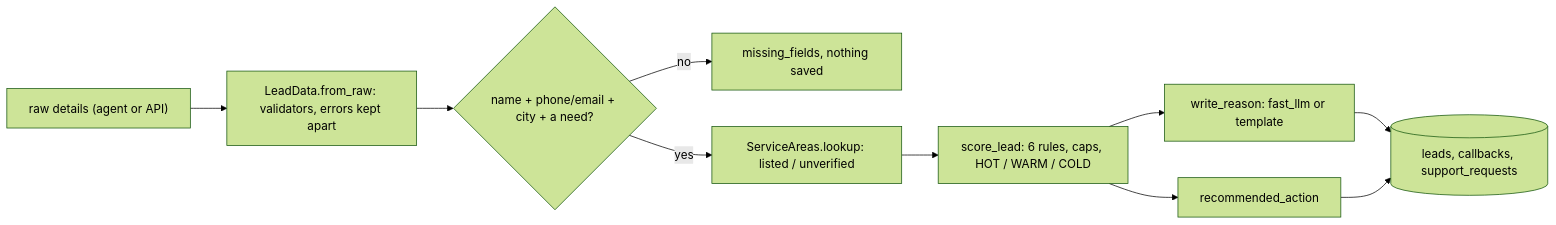
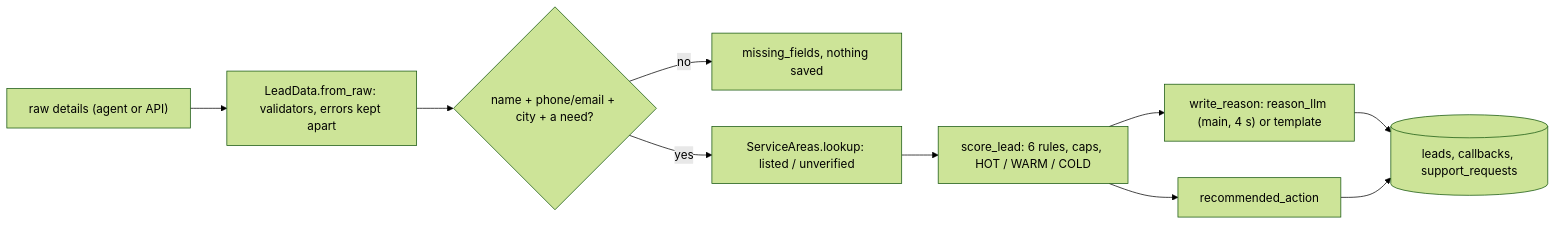
The seventh of 9 diagrams in docs/ARCHITECTURE.md (AdithyaChauhan/vantis-sales-agent), drawn with Mermaid (forest theme) before and after one commit. The commit also changed other lines of this file and 44 other files, not shown here.

````diff
--- a/docs/ARCHITECTURE.md
+++ b/docs/ARCHITECTURE.md
@@ -137,12 +137,12 @@
 ```mermaid
 flowchart LR
   raw["raw details (agent or API)"] --> parse["LeadData.from_raw: validators, errors kept apart"]
   parse --> min{"name + phone/email + city + a need?"}
   min -->|"no"| missing["missing_fields, nothing saved"]
   min -->|"yes"| loc["ServiceAreas.lookup: listed / unverified"]
   loc --> score["score_lead: 6 rules, caps, HOT / WARM / COLD"]
-  score --> reason["write_reason: fast_llm or template"]
+  score --> reason["write_reason: reason_llm (main, 4 s) or template"]
   score --> action["recommended_action"]
   reason --> db[("leads, callbacks, support_requests")]
   action --> db
 ```
````
